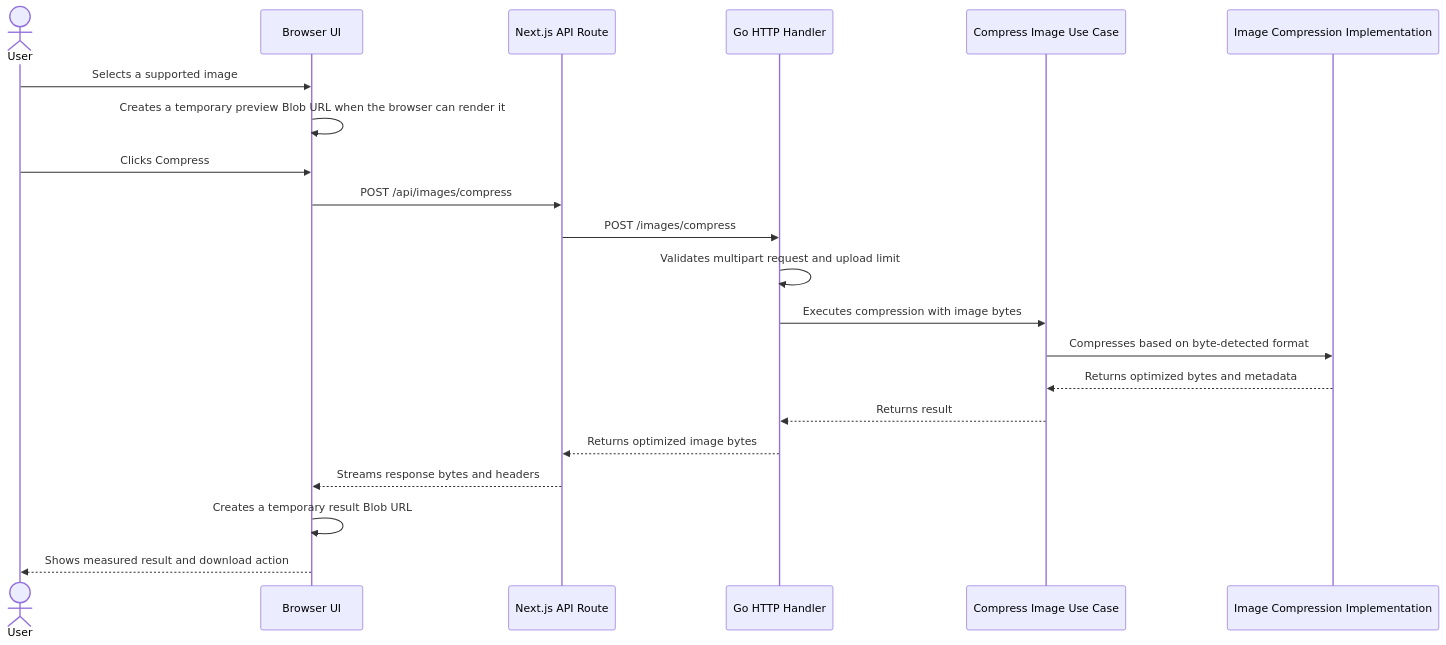
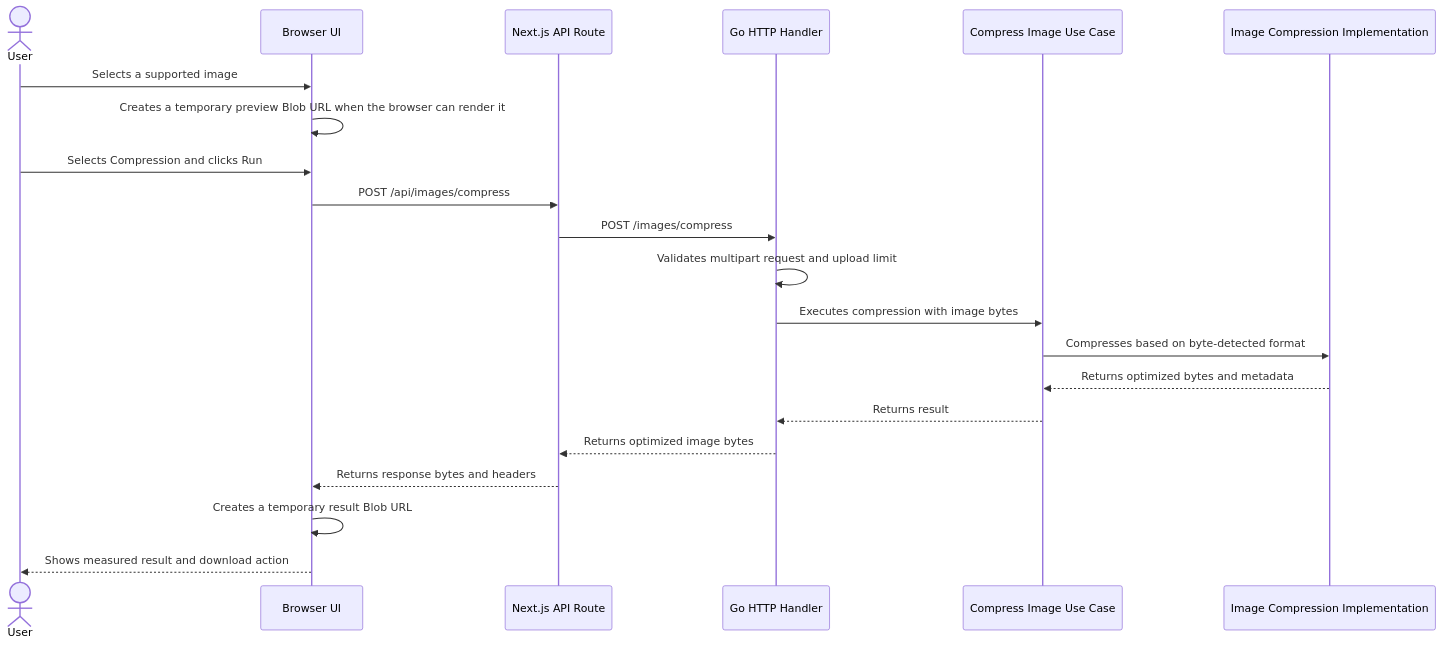
The diagram in docs/en/architecture.md (juniocr26/go-image-optimizer), drawn with Mermaid before and after one commit. The commit also changed other lines of this file and 16 other files, not shown here.

````diff
--- a/docs/en/architecture.md
+++ b/docs/en/architecture.md
@@ -31,24 +26,24 @@
 ```mermaid
 sequenceDiagram
     actor User
     participant Browser as Browser UI
     participant NextAPI as Next.js API Route
     participant Handler as Go HTTP Handler
     participant UseCase as Compress Image Use Case
     participant Compressor as Image Compression Implementation
 
     User->>Browser: Selects a supported image
     Browser->>Browser: Creates a temporary preview Blob URL when the browser can render it
-    User->>Browser: Clicks Compress
+    User->>Browser: Selects Compression and clicks Run
     Browser->>NextAPI: POST /api/images/compress
     NextAPI->>Handler: POST /images/compress
     Handler->>Handler: Validates multipart request and upload limit
     Handler->>UseCase: Executes compression with image bytes
     UseCase->>Compressor: Compresses based on byte-detected format
     Compressor-->>UseCase: Returns optimized bytes and metadata
     UseCase-->>Handler: Returns result
     Handler-->>NextAPI: Returns optimized image bytes
-    NextAPI-->>Browser: Streams response bytes and headers
+    NextAPI-->>Browser: Returns response bytes and headers
     Browser->>Browser: Creates a temporary result Blob URL
     Browser-->>User: Shows measured result and download action
 ```
````
